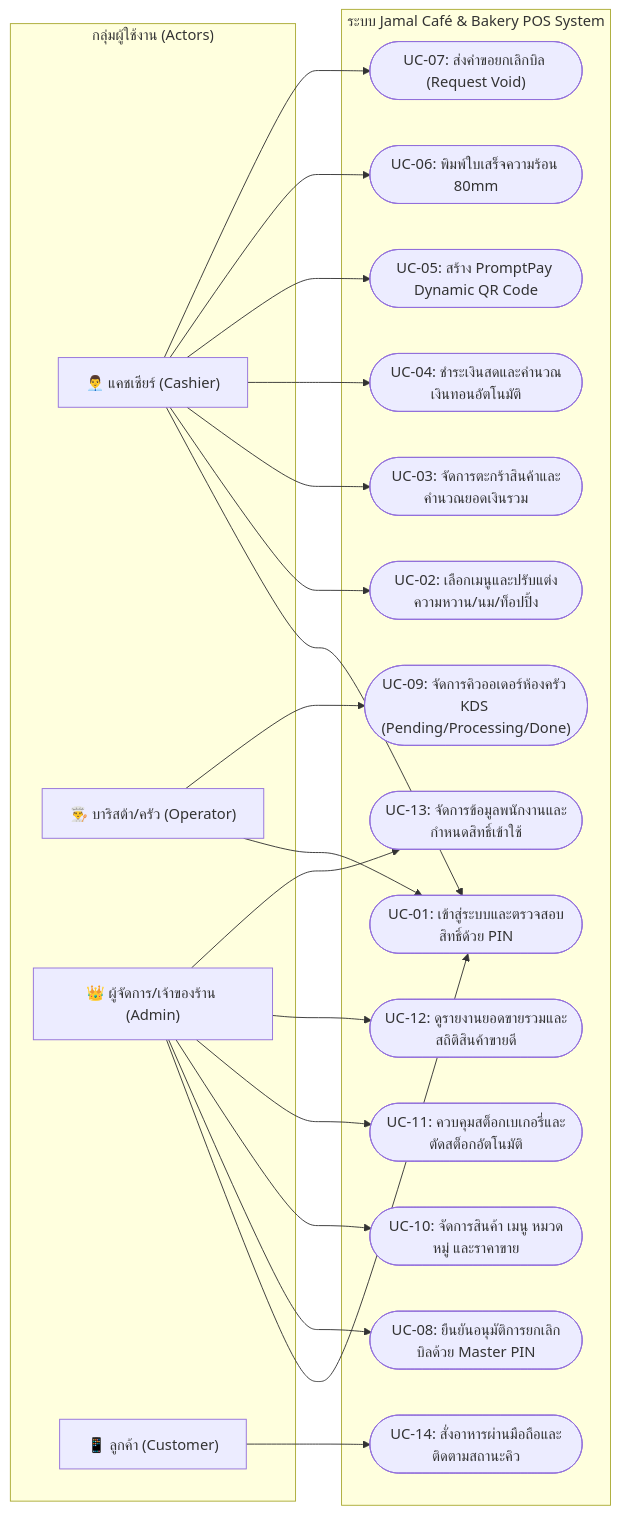
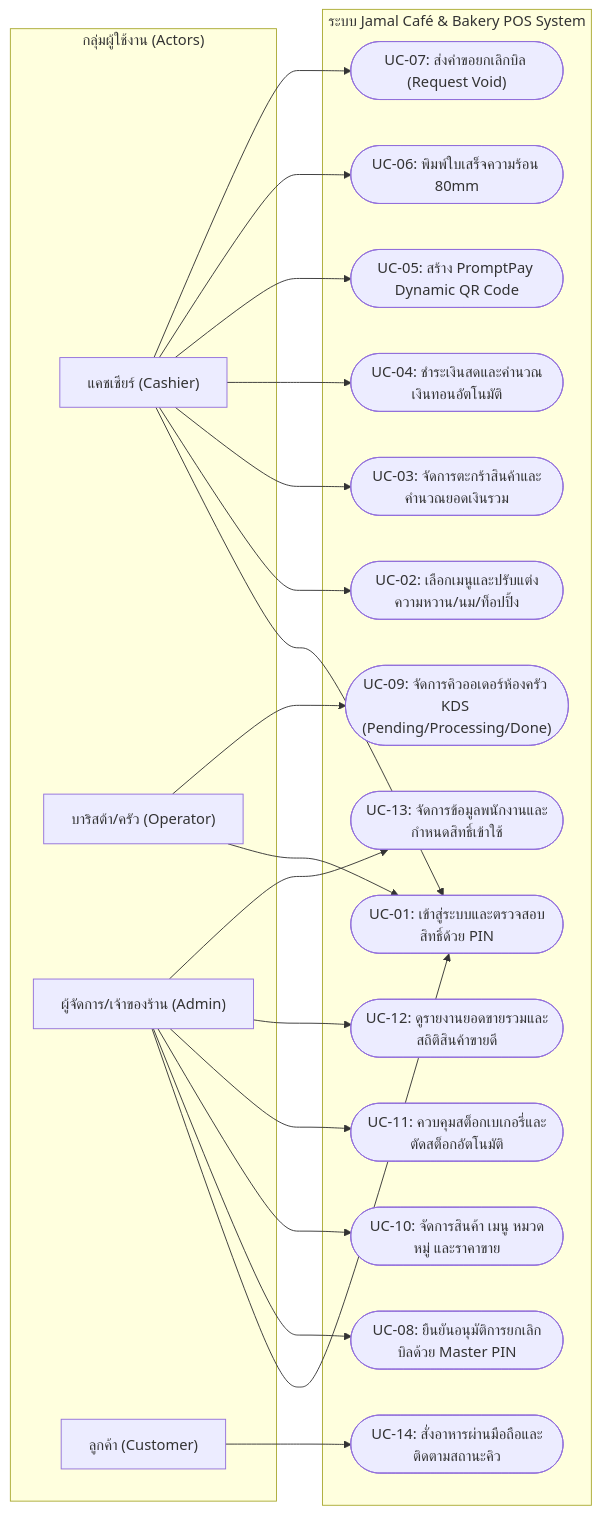
Before and after one commit to AkashiZai/jamal: the first of 2 diagrams in README.md, drawn with Mermaid. The commit also changed other lines of this file and 44 other files, not shown here.

````diff
--- a/README.md
+++ b/README.md
@@ -274,52 +271,52 @@
 ```mermaid
 flowchart LR
     %% Actors Definition
     subgraph Actors ["กลุ่มผู้ใช้งาน (Actors)"]
-        Cashier["👨‍💼 แคชเชียร์ (Cashier)"]
-        Barista["👨‍🍳 บาริสต้า/ครัว (Operator)"]
-        Admin["👑 ผู้จัดการ/เจ้าของร้าน (Admin)"]
-        Customer["📱 ลูกค้า (Customer)"]
+        Cashier["แคชเชียร์ (Cashier)"]
+        Barista["บาริสต้า/ครัว (Operator)"]
+        Admin["ผู้จัดการ/เจ้าของร้าน (Admin)"]
+        Customer["ลูกค้า (Customer)"]
     end
 
     %% System Boundary
     subgraph JamalPOS ["ระบบ Jamal Café & Bakery POS System"]
         UC01(["UC-01: เข้าสู่ระบบและตรวจสอบสิทธิ์ด้วย PIN"])
         UC02(["UC-02: เลือกเมนูและปรับแต่งความหวาน/นม/ท็อปปิ้ง"])
         UC03(["UC-03: จัดการตะกร้าสินค้าและคำนวณยอดเงินรวม"])
         UC04(["UC-04: ชำระเงินสดและคำนวณเงินทอนอัตโนมัติ"])
         UC05(["UC-05: สร้าง PromptPay Dynamic QR Code"])
         UC06(["UC-06: พิมพ์ใบเสร็จความร้อน 80mm"])
         UC07(["UC-07: ส่งคำขอยกเลิกบิล (Request Void)"])
         UC08(["UC-08: ยืนยันอนุมัติการยกเลิกบิลด้วย Master PIN"])
         UC09(["UC-09: จัดการคิวออเดอร์ห้องครัว KDS (Pending/Processing/Done)"])
         UC10(["UC-10: จัดการสินค้า เมนู หมวดหมู่ และราคาขาย"])
         UC11(["UC-11: ควบคุมสต็อกเบเกอรี่และตัดสต็อกอัตโนมัติ"])
         UC12(["UC-12: ดูรายงานยอดขายรวมและสถิติสินค้าขายดี"])
         UC13(["UC-13: จัดการข้อมูลพนักงานและกำหนดสิทธิ์เข้าใช้"])
         UC14(["UC-14: สั่งอาหารผ่านมือถือและติดตามสถานะคิว"])
     end
 
     %% Relationships - Cashier
     Cashier --> UC01
     Cashier --> UC02
     Cashier --> UC03
     Cashier --> UC04
     Cashier --> UC05
     Cashier --> UC06
     Cashier --> UC07
 
     %% Relationships - Barista
     Barista --> UC01
     Barista --> UC09
 
     %% Relationships - Admin
     Admin --> UC01
     Admin --> UC08
     Admin --> UC10
     Admin --> UC11
     Admin --> UC12
     Admin --> UC13
 
     %% Relationships - Customer
     Customer --> UC14
 ```
````
